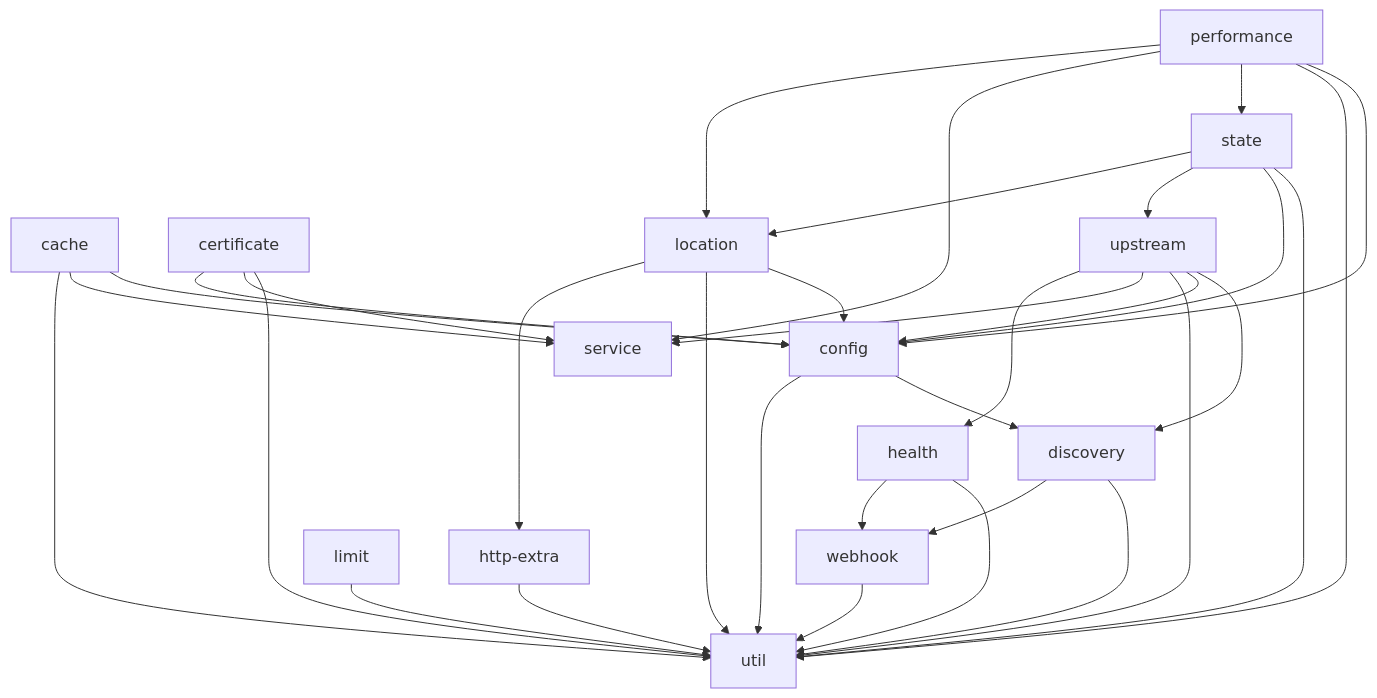
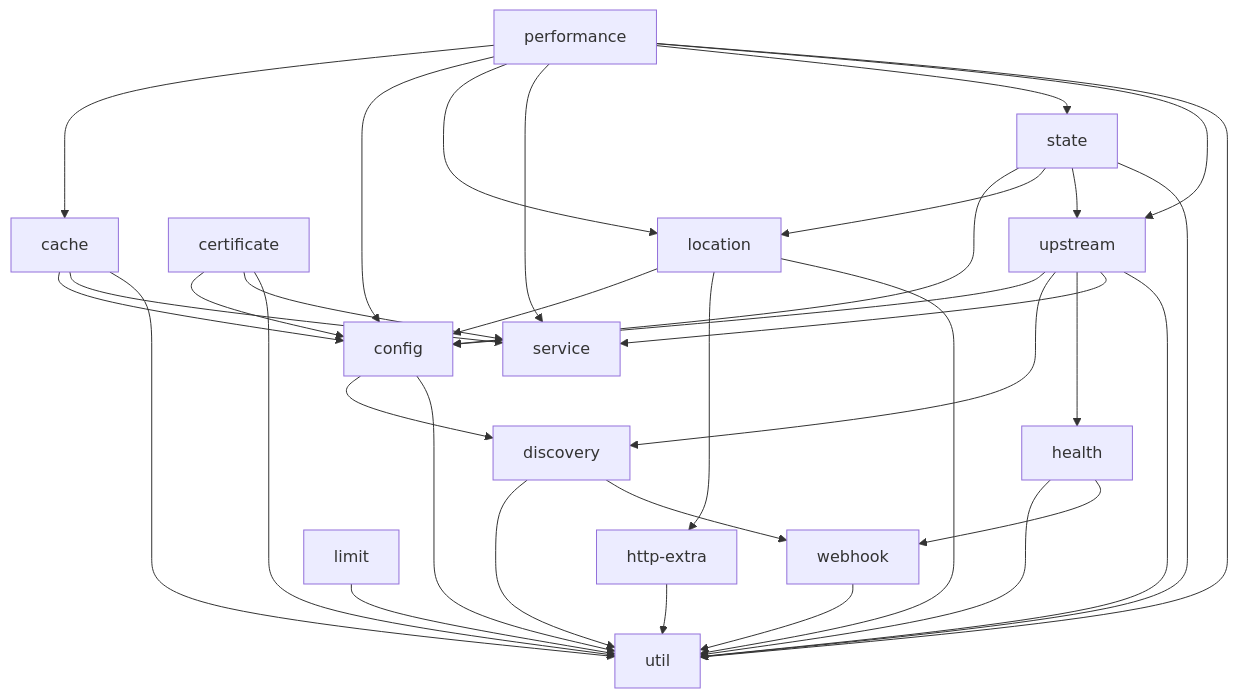
One commit to vicanso/pingap changed the diagram in docs/module_dependencies.md. Above: the diagram before and after it, drawn with Mermaid. The commit also changed 11 other files, not shown here.

````diff
--- a/docs/module_dependencies.md
+++ b/docs/module_dependencies.md
@@ -3,46 +3,48 @@
 ```mermaid
 graph TD
+    cache --> config
+    cache --> service
     cache --> util
-    cache --> service
-    cache --> config
 
     certificate --> config
     certificate --> service
     certificate --> util
 
+    config --> discovery
     config --> util
-    config --> discovery
 
+    discovery --> util
     discovery --> webhook
-    discovery --> util
 
+    health --> util
     health --> webhook
-    health --> util
 
     http-extra --> util
 
     limit --> util
 
+    location --> config
     location --> http-extra
     location --> util
-    location --> config
 
+    performance --> cache
+    performance --> config
     performance --> location
     performance --> service
     performance --> state
+    performance --> upstream
     performance --> util
-    performance --> config
 
+    state --> config
     state --> location
     state --> upstream
-    state --> config
     state --> util
 
+    upstream --> config
+    upstream --> discovery
     upstream --> health
     upstream --> service
     upstream --> util
-    upstream --> config
-    upstream --> discovery
 
     webhook --> util
 ```
````
